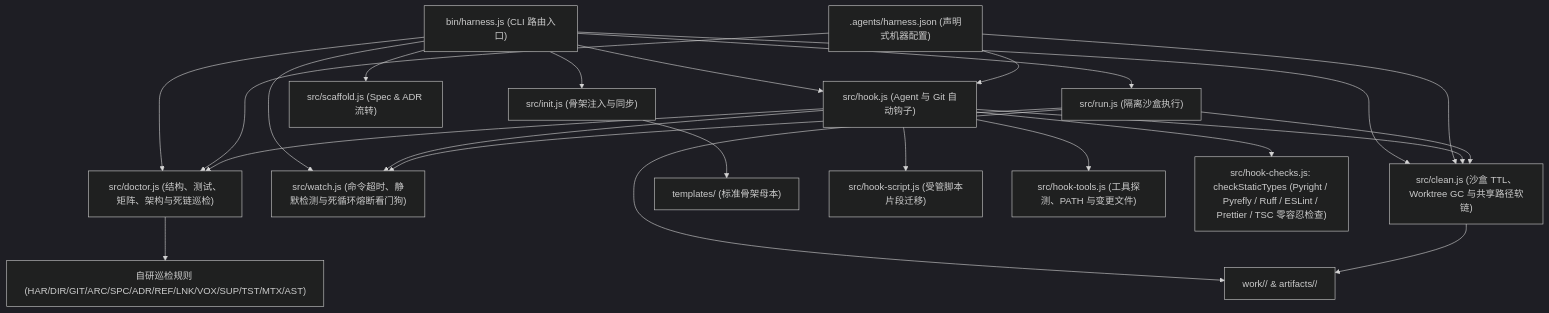
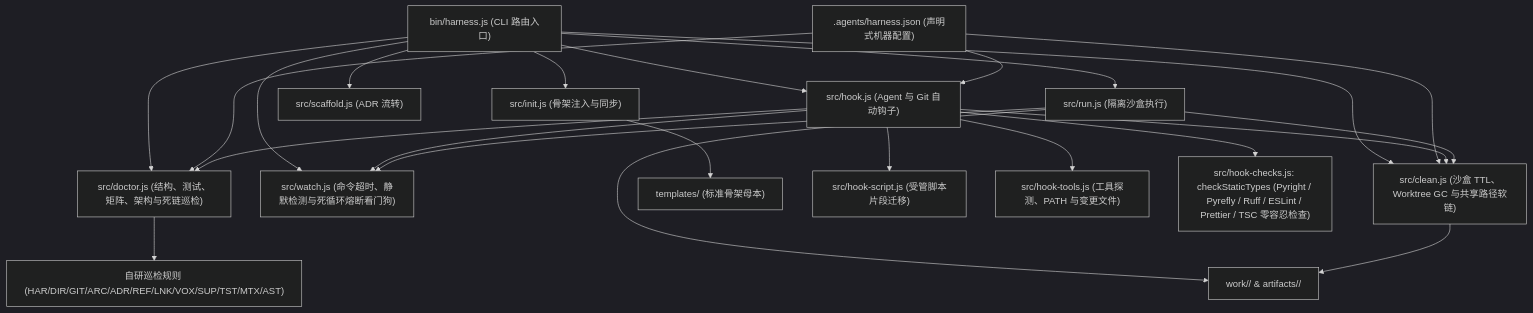
One commit to nanzhi84/yoryon-harness changed the diagram in docs/architecture/overview.md. Above: the diagram before and after it, drawn with Mermaid (dark theme). The commit also changed other lines of this file and 23 other files, not shown here.

Commit message:
refactor(docs): remove docs/spec and CHANGELOG.md, enforce 4-slot architecture

````diff
--- a/docs/architecture/overview.md
+++ b/docs/architecture/overview.md
@@ -7,27 +9,27 @@
 ```mermaid
 flowchart TD
     CLI["bin/harness.js (CLI 路由入口)"] --> Init["src/init.js (骨架注入与同步)"]
     CLI --> Doctor["src/doctor.js (结构、测试、矩阵、架构与死链巡检)"]
     CLI --> Hook["src/hook.js (Agent 与 Git 自动钩子)"]
     CLI --> Watch["src/watch.js (命令超时、静默检测与死循环熔断看门狗)"]
     CLI --> Clean["src/clean.js (沙盒 TTL、Worktree GC 与共享路径软链)"]
     CLI --> Run["src/run.js (隔离沙盒执行)"]
-    CLI --> Scaffold["src/scaffold.js (Spec & ADR 流转)"]
+    CLI --> Scaffold["src/scaffold.js (ADR 流转)"]
 
     Config[".agents/harness.json (声明式机器配置)"] --> Doctor
     Config --> Hook
     Config --> Clean
 
     Init --> Tpl["templates/ (标准骨架母本)"]
     Hook --> Clean
     Hook --> Doctor
     Hook --> Watch
     Hook --> HookScript["src/hook-script.js (受管脚本片段迁移)"]
     Hook --> Tools["src/hook-tools.js (工具探测、PATH 与变更文件)"]
     Hook --> TypeCheck["src/hook-checks.js: checkStaticTypes (Pyright / Pyrefly / Ruff / ESLint / Prettier / TSC 零容忍检查)"]
     Run --> Clean
     Run --> Watch
-    Doctor --> Rules["自研巡检规则 (HAR/DIR/GIT/ARC/SPC/ADR/REF/LNK/VOX/SUP/TST/MTX/AST)"]
+    Doctor --> Rules["自研巡检规则 (HAR/DIR/GIT/ARC/ADR/REF/LNK/VOX/SUP/TST/MTX/AST)"]
     Run --> Sandbox["work/<run-id>/ & artifacts/<run-id>/"]
     Clean --> Sandbox
 ```
````
